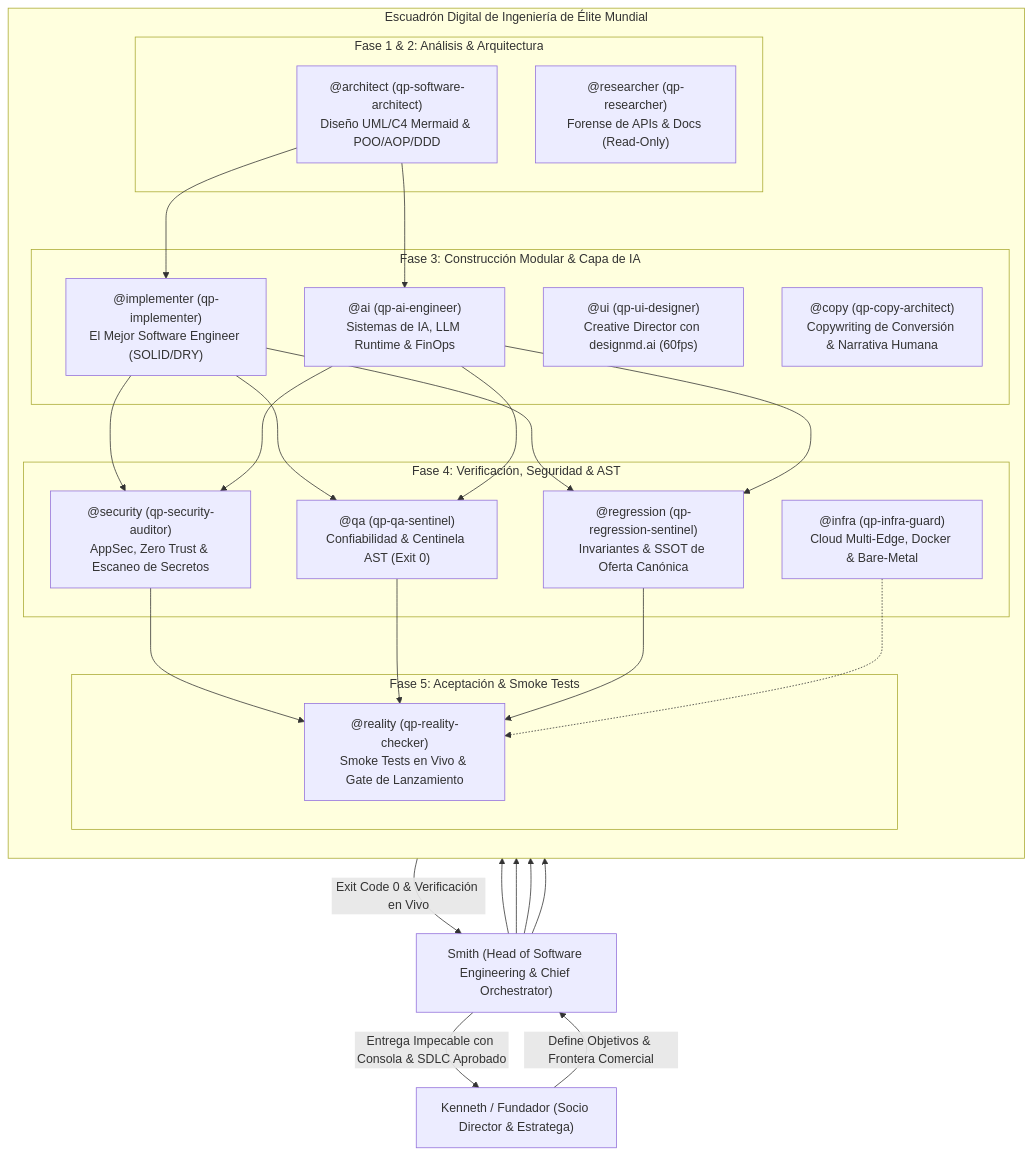
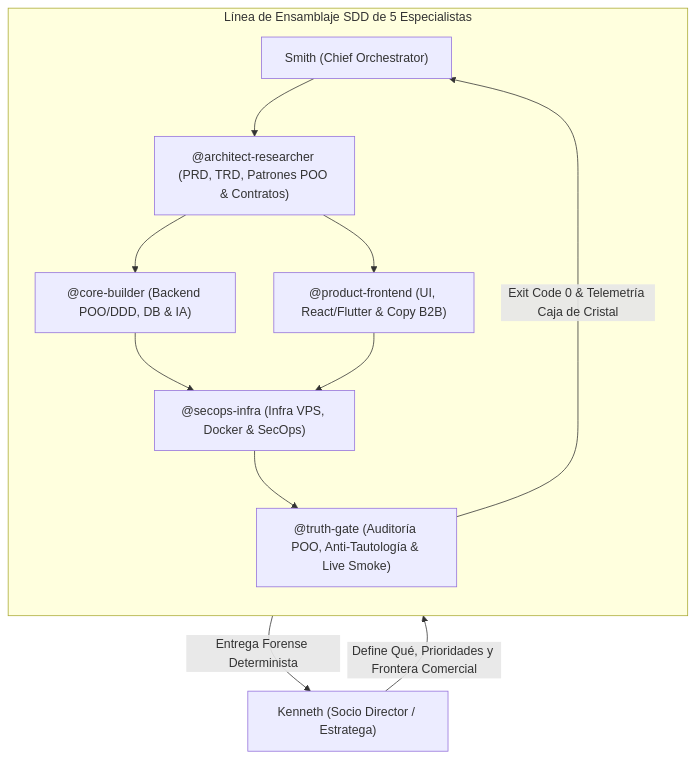
The diagram in README.md (thequantpartners/agentic-engineering-os), drawn with Mermaid before and after one commit. The commit also changed other lines of this file and 8 other files, not shown here.

Commit message:
feat: Agentic Engineering OS v2.0 - streamlined constitution, SDD-6 OOP matrix, L0-bootstrap & deterministic harnesses

````diff
--- a/README.md
+++ b/README.md
@@ -14,39 +24,13 @@
 ```mermaid
 flowchart TD
-    K["Kenneth / Fundador (Socio Director & Estratega)"] -->|Define Objetivos & Frontera Comercial| S["Smith (Head of Software Engineering & Chief Orchestrator)"]
-    
-    subgraph SDLC ["Escuadrón Digital de Ingeniería de Élite Mundial"]
+    K["Kenneth (Socio Director / Estratega)"] -->|Define Qué, Prioridades y Frontera Comercial| S["Smith (Chief Orchestrator)"]
+    subgraph SDLC ["Línea de Ensamblaje SDD de 5 Especialistas"]
         direction TB
-        subgraph F1_F2 ["Fase 1 & 2: Análisis & Arquitectura"]
-            R["@researcher (qp-researcher)<br/>Forense de APIs & Docs (Read-Only)"]
-            A["@architect (qp-software-architect)<br/>Diseño UML/C4 Mermaid & POO/AOP/DDD"]
-        end
-
-        subgraph F3 ["Fase 3: Construcción Modular & Capa de IA"]
-            I["@implementer (qp-implementer)<br/>El Mejor Software Engineer (SOLID/DRY)"]
-            AI["@ai (qp-ai-engineer)<br/>Sistemas de IA, LLM Runtime & FinOps"]
-            U["@ui (qp-ui-designer)<br/>Creative Director con designmd.ai (60fps)"]
-            C["@copy (qp-copy-architect)<br/>Copywriting de Conversión & Narrativa Humana"]
-        end
-
-        subgraph F4 ["Fase 4: Verificación, Seguridad & AST"]
-            SEC["@security (qp-security-auditor)<br/>AppSec, Zero Trust & Escaneo de Secretos"]
-            Q["@qa (qp-qa-sentinel)<br/>Confiabilidad & Centinela AST (Exit 0)"]
-            G["@regression (qp-regression-sentinel)<br/>Invariantes & SSOT de Oferta Canónica"]
-            F["@infra (qp-infra-guard)<br/>Cloud Multi-Edge, Docker & Bare-Metal"]
-        end
-
-        subgraph F5 ["Fase 5: Aceptación & Smoke Tests"]
-            RC["@reality (qp-reality-checker)<br/>Smoke Tests en Vivo & Gate de Lanzamiento"]
-        end
+        S --> AR["@architect-researcher (PRD, TRD, Patrones POO & Contratos)"]
+        AR --> CB["@core-builder (Backend POO/DDD, DB & IA)"]
+        AR --> PF["@product-frontend (UI, React/Flutter & Copy B2B)"]
+        CB & PF --> SI["@secops-infra (Infra VPS, Docker & SecOps)"]
+        SI --> TG["@truth-gate (Auditoría POO, Anti-Tautología & Live Smoke)"]
     end
-
-    S --> A & R
-    A --> I & AI
-    S --> U & C
-    I & AI --> SEC & Q & G
-    SEC & Q & G --> RC
-    F -.-> RC
-    RC -->|Exit Code 0 & Verificación en Vivo| S
-    S -->|Entrega Impecable con Consola & SDLC Aprobado| K
+    TG -->|Exit Code 0 & Telemetría Caja de Cristal| S -->|Entrega Forense Determinista| K
 ```
````
